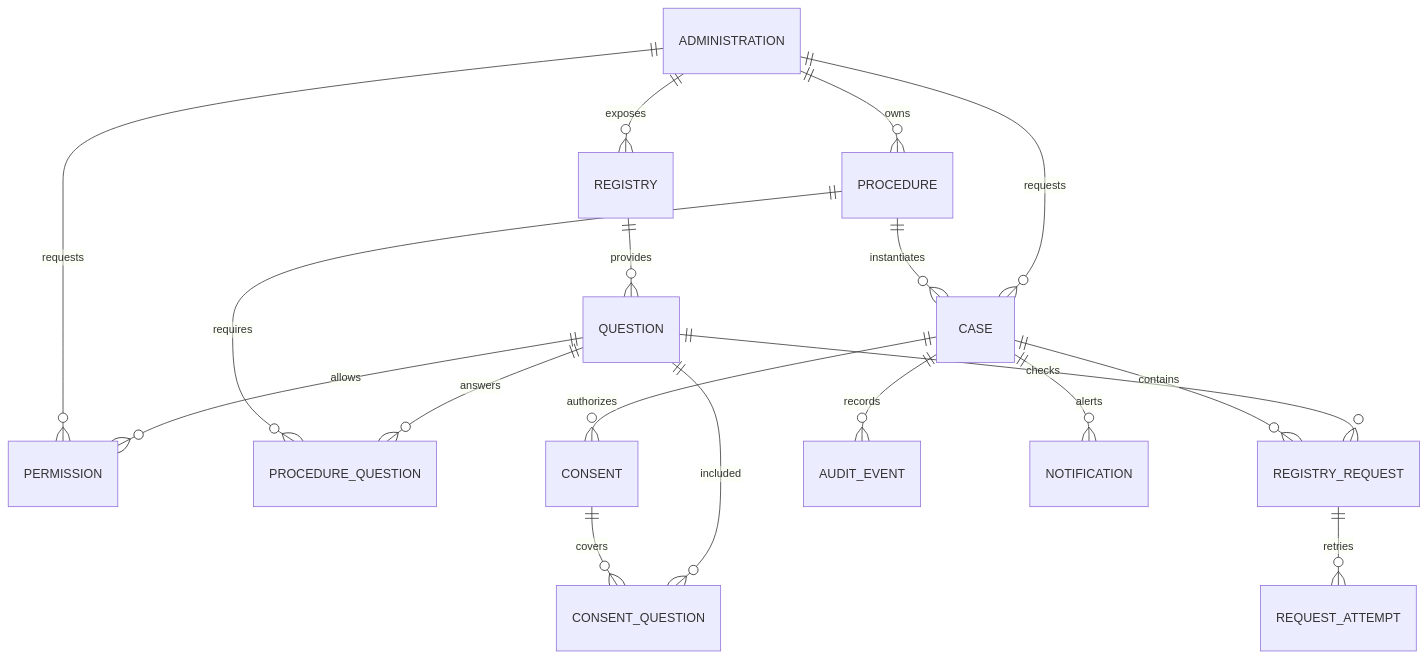
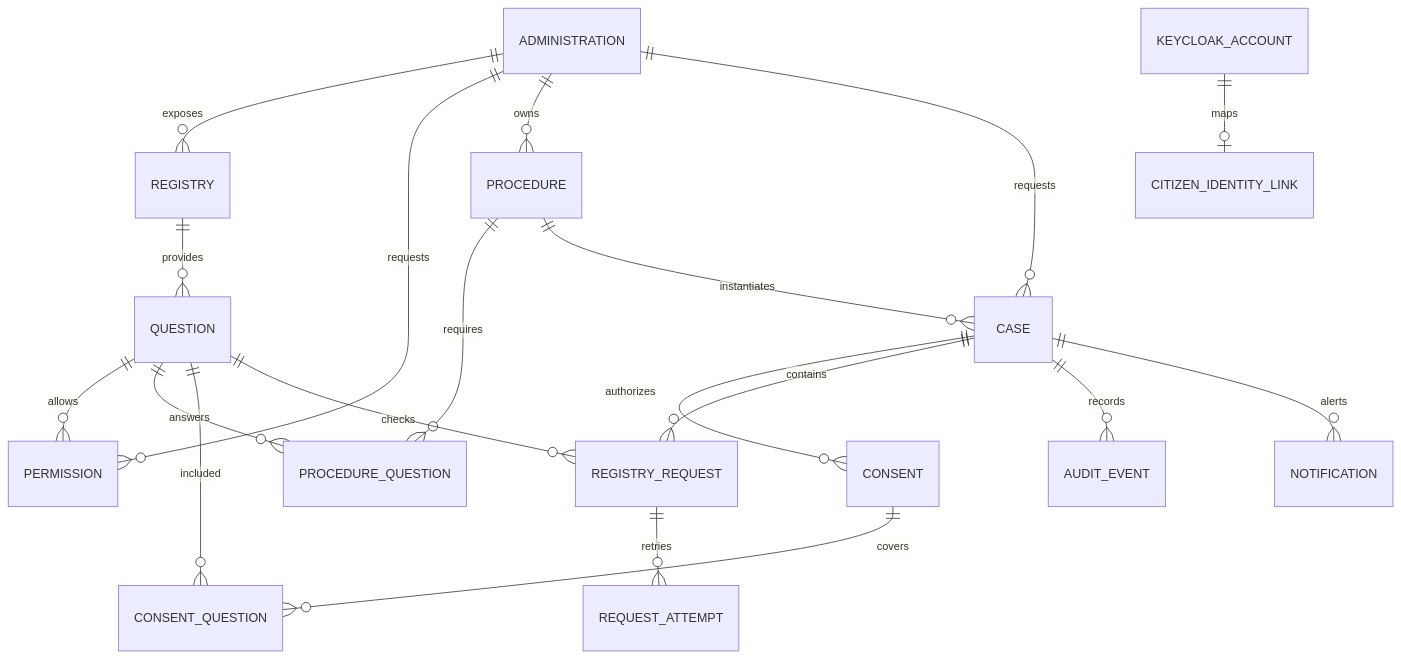
One commit to zbelem001/alpha2ie_sn2026 changed the diagram in docs/database-schema.md. Above: the diagram before and after it, drawn with Mermaid. The commit also changed other lines of this file and 12 other files, not shown here.

Commit message:
feat: add citizen identity linking

````diff
--- a/docs/database-schema.md
+++ b/docs/database-schema.md
@@ -20,20 +20,21 @@
 ```mermaid
 erDiagram
     ADMINISTRATION ||--o{ REGISTRY : exposes
     REGISTRY ||--o{ QUESTION : provides
     ADMINISTRATION ||--o{ PERMISSION : requests
     QUESTION ||--o{ PERMISSION : allows
     ADMINISTRATION ||--o{ PROCEDURE : owns
     PROCEDURE ||--o{ PROCEDURE_QUESTION : requires
     QUESTION ||--o{ PROCEDURE_QUESTION : answers
     PROCEDURE ||--o{ CASE : instantiates
     ADMINISTRATION ||--o{ CASE : requests
     CASE ||--o{ CONSENT : authorizes
     CONSENT ||--o{ CONSENT_QUESTION : covers
     QUESTION ||--o{ CONSENT_QUESTION : included
     CASE ||--o{ REGISTRY_REQUEST : contains
     QUESTION ||--o{ REGISTRY_REQUEST : checks
     REGISTRY_REQUEST ||--o{ REQUEST_ATTEMPT : retries
     CASE ||--o{ AUDIT_EVENT : records
     CASE ||--o{ NOTIFICATION : alerts
+    KEYCLOAK_ACCOUNT ||--o| CITIZEN_IDENTITY_LINK : maps
 ```
````
